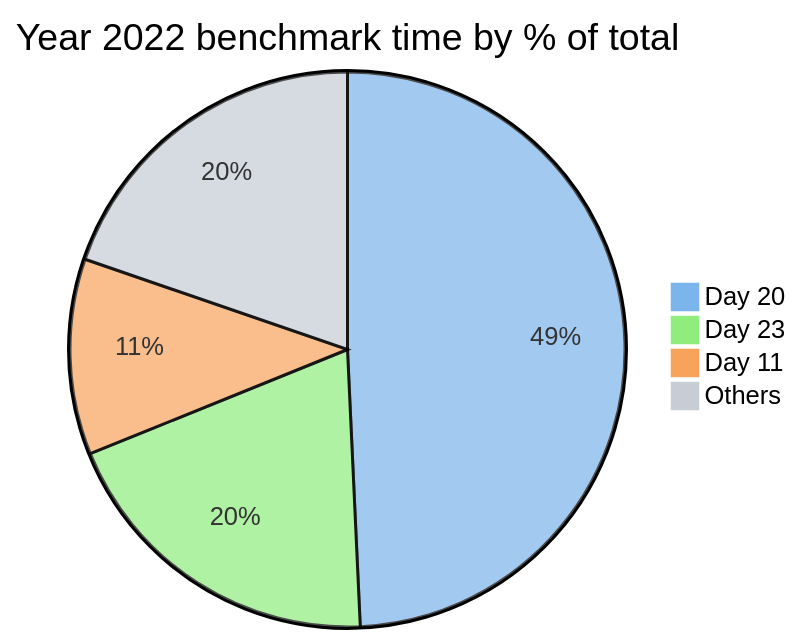
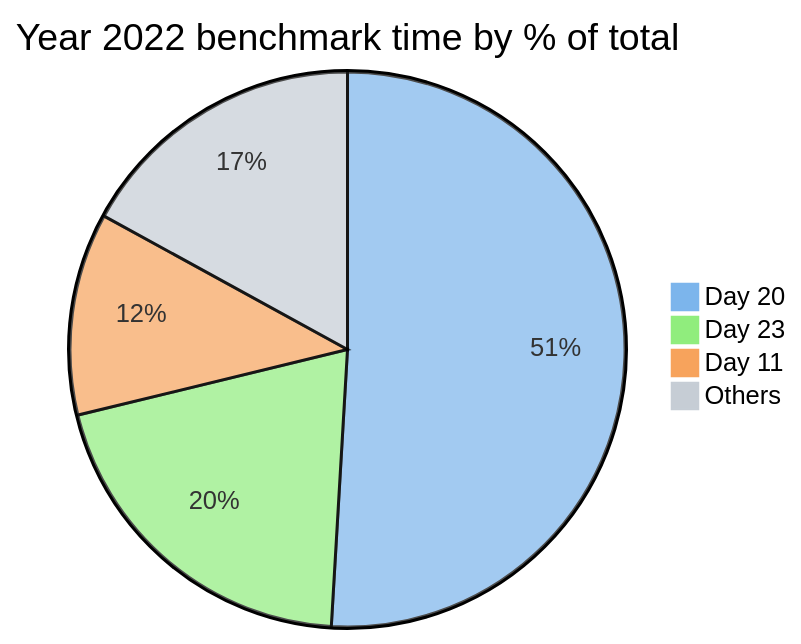
Before and after one commit to maneatingape/advent-of-code-rust: the second of 7 diagrams in README.md, drawn with Mermaid. The commit also changed other lines of this file and 1 other file, not shown here.

````diff
--- a/README.md
+++ b/README.md
@@ -81,9 +81,9 @@
 ```mermaid
 %%{init: {"themeVariables": { "pie1": "#7cb5ec", "pie2": "#90ed7d", "pie3": "#f7a35c", "pie4": "#c6cdd5"}}}%%
 pie
     title Year 2022 benchmark time by % of total
     "Day 20" : 5067
     "Day 23" : 2017
     "Day 11" : 1172
-    "Others" : 2029
+    "Others" : 1693
 ```
````
